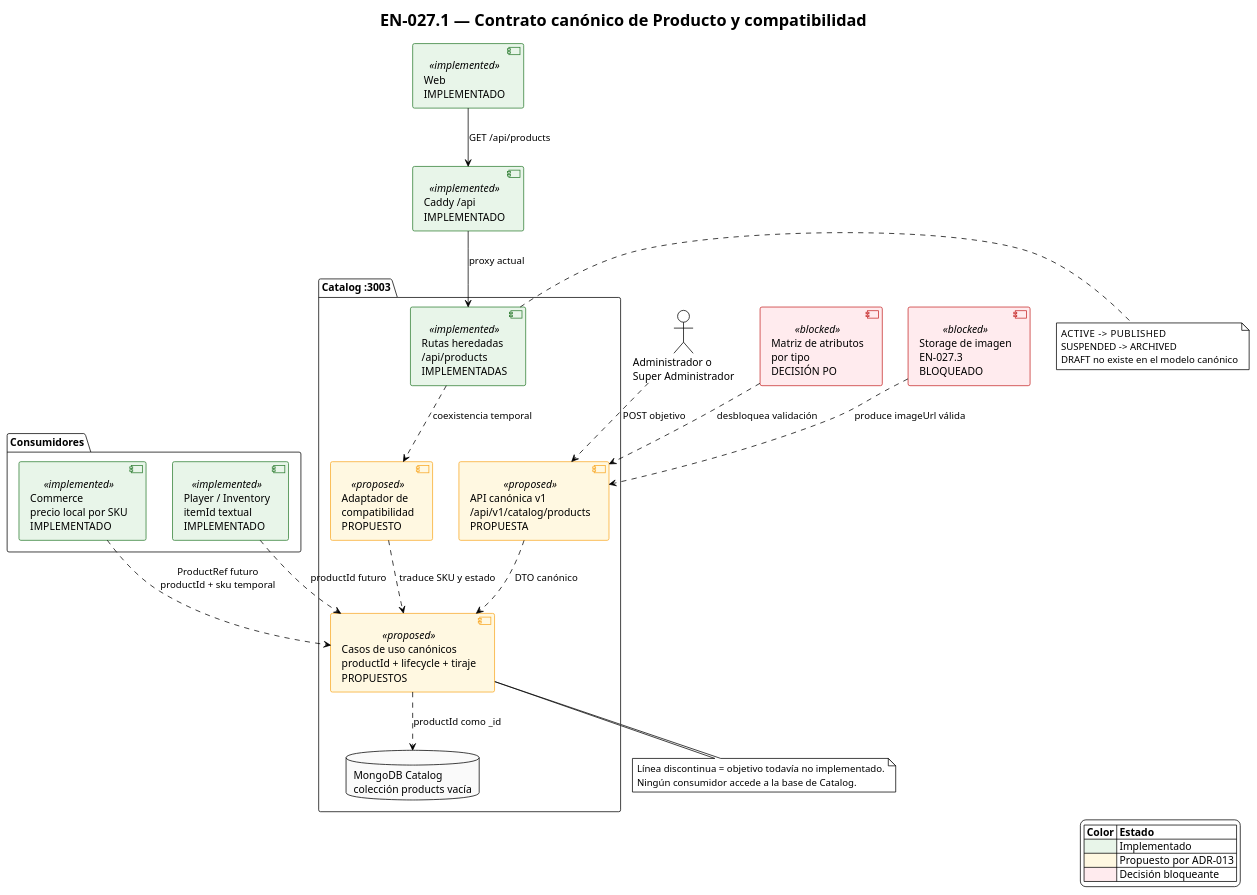
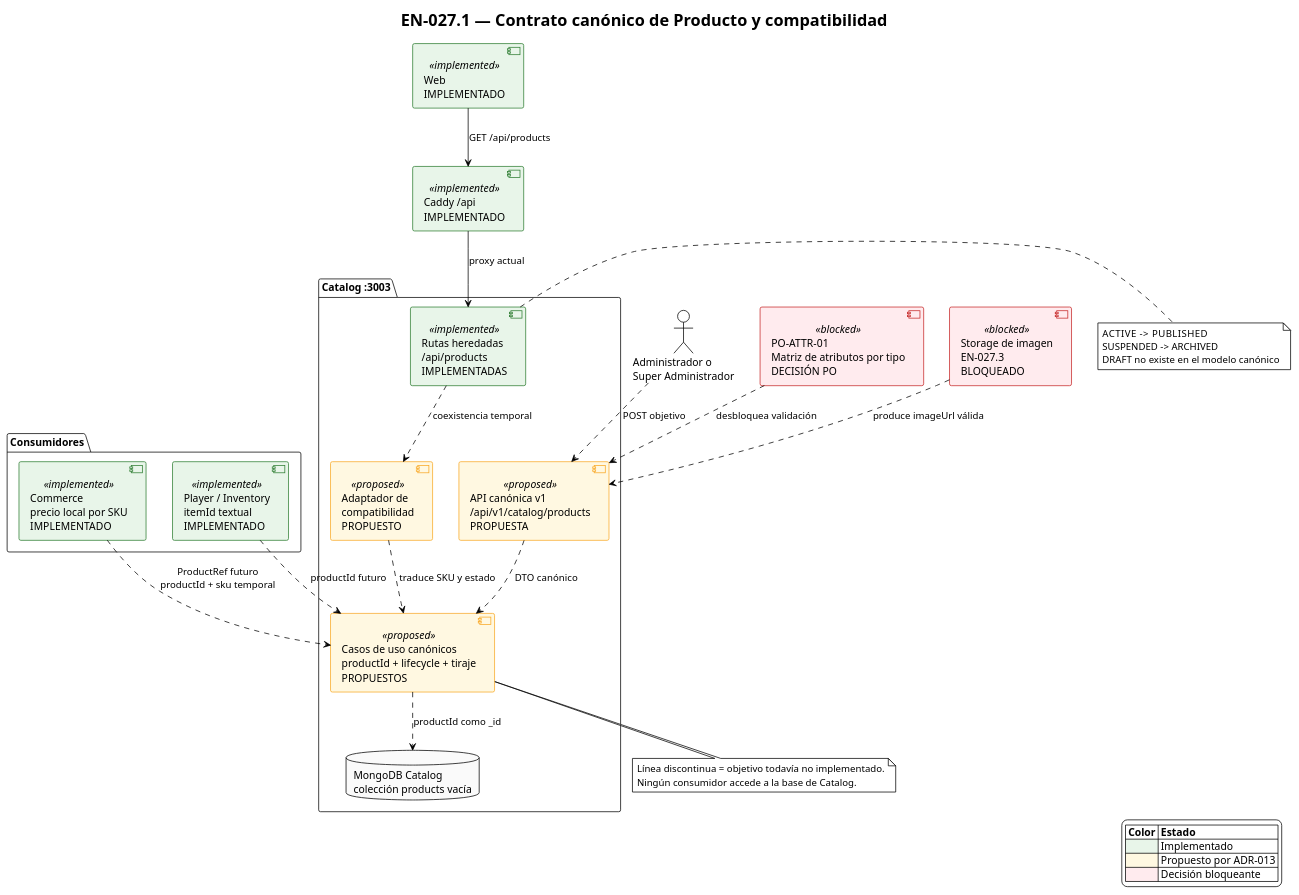
The diagram in docs/diagrams/catalog-product-contract-compatibility.puml (Nexus-Battle-VI/Nexus-Battle-Infrastructure), drawn with PlantUML before and after one commit. The commit also changed 3 other files, not shown here.

```diff
--- a/docs/diagrams/catalog-product-contract-compatibility.puml
+++ b/docs/diagrams/catalog-product-contract-compatibility.puml
@@ -1,70 +1,70 @@
 @startuml catalog-product-contract-compatibility
 !theme plain
 title EN-027.1 — Contrato canónico de Producto y compatibilidad
 
 skinparam defaultFontName sans-serif
 skinparam component {
   BackgroundColor<<implemented>> #E8F5E9
   BorderColor<<implemented>> #2E7D32
   BackgroundColor<<proposed>> #FFF8E1
   BorderColor<<proposed>> #F9A825
   BackgroundColor<<blocked>> #FFEBEE
   BorderColor<<blocked>> #C62828
 }
 skinparam database {
   BackgroundColor #FAFAFA
 }
 
 actor "Administrador o\nSuper Administrador" as admin
 component "Web\nIMPLEMENTADO" <<implemented>> as web
 component "Caddy /api\nIMPLEMENTADO" <<implemented>> as gateway
 
 package "Catalog :3003" {
   component "Rutas heredadas\n/api/products\nIMPLEMENTADAS" <<implemented>> as legacyApi
   component "Adaptador de\ncompatibilidad\nPROPUESTO" <<proposed>> as compatibility
   component "API canónica v1\n/api/v1/catalog/products\nPROPUESTA" <<proposed>> as canonicalApi
   component "Casos de uso canónicos\nproductId + lifecycle + tiraje\nPROPUESTOS" <<proposed>> as canonicalCore
   database "MongoDB Catalog\ncolección products vacía" as catalogDb
 }
 
 package "Consumidores" {
   component "Commerce\nprecio local por SKU\nIMPLEMENTADO" <<implemented>> as commerce
   component "Player / Inventory\nitemId textual\nIMPLEMENTADO" <<implemented>> as inventory
 }
 
-component "Matriz de atributos\npor tipo\nDECISIÓN PO" <<blocked>> as attributeMatrix
+component "PO-ATTR-01\nMatriz de atributos por tipo\nDECISIÓN PO" <<blocked>> as attributeMatrix
 component "Storage de imagen\nEN-027.3\nBLOQUEADO" <<blocked>> as imageStorage
 
 web --> gateway : GET /api/products
 gateway --> legacyApi : proxy actual
 
 admin ..> canonicalApi : POST objetivo
 legacyApi ..> compatibility : coexistencia temporal
 compatibility ..> canonicalCore : traduce SKU y estado
 canonicalApi ..> canonicalCore : DTO canónico
 canonicalCore ..> catalogDb : productId como _id
 
 commerce ..> canonicalCore : ProductRef futuro\nproductId + sku temporal
 inventory ..> canonicalCore : productId futuro
 attributeMatrix ..> canonicalApi : desbloquea validación
 imageStorage ..> canonicalApi : produce imageUrl válida
 
 note right of legacyApi
   ACTIVE    -> PUBLISHED
   SUSPENDED -> ARCHIVED
   DRAFT no existe en el modelo canónico
 end note
 
 note bottom of canonicalCore
   Línea discontinua = objetivo todavía no implementado.
   Ningún consumidor accede a la base de Catalog.
 end note
 
 legend right
   |= Color |= Estado |
   |<#E8F5E9>| Implementado |
   |<#FFF8E1>| Propuesto por ADR-013 |
   |<#FFEBEE>| Decisión bloqueante |
 endlegend
 
 @enduml
```
